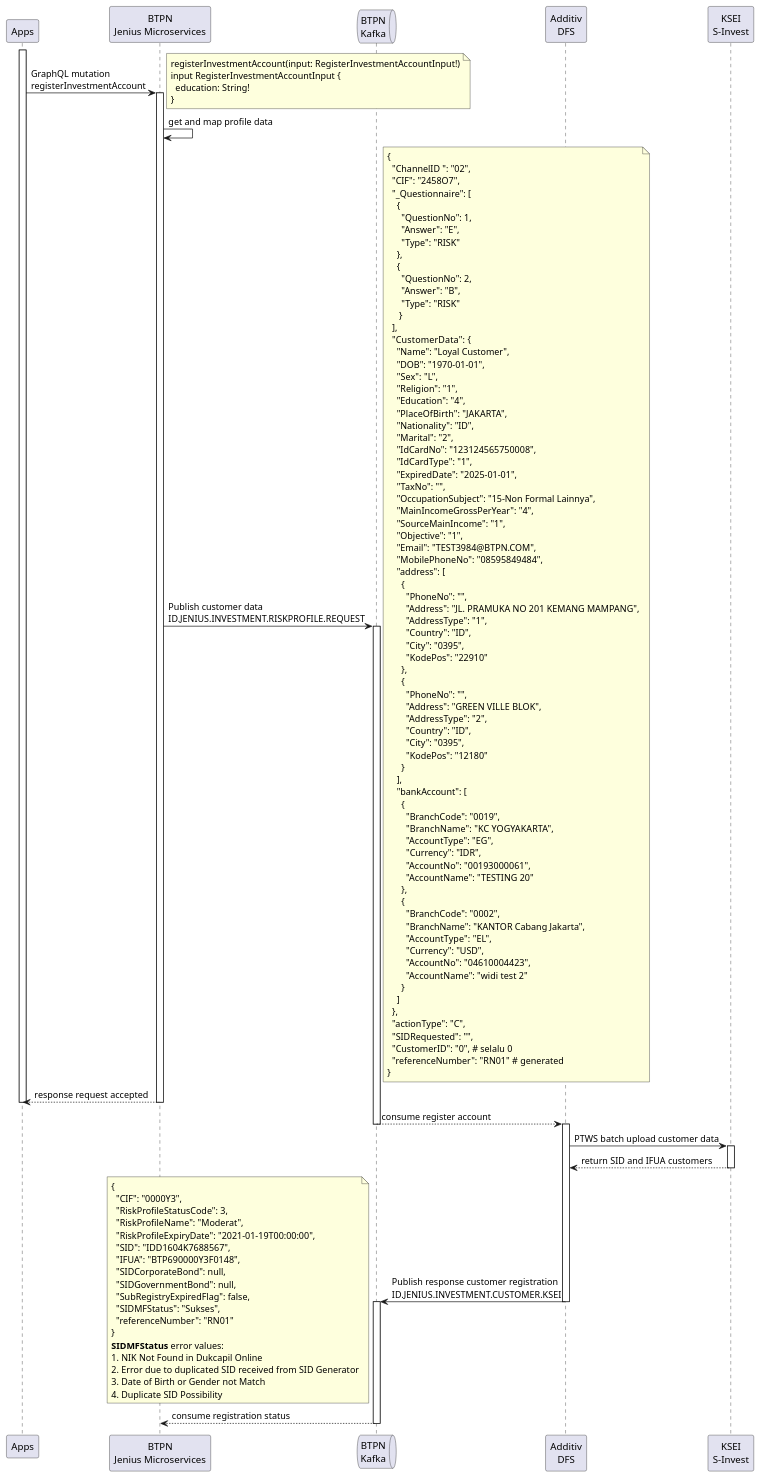
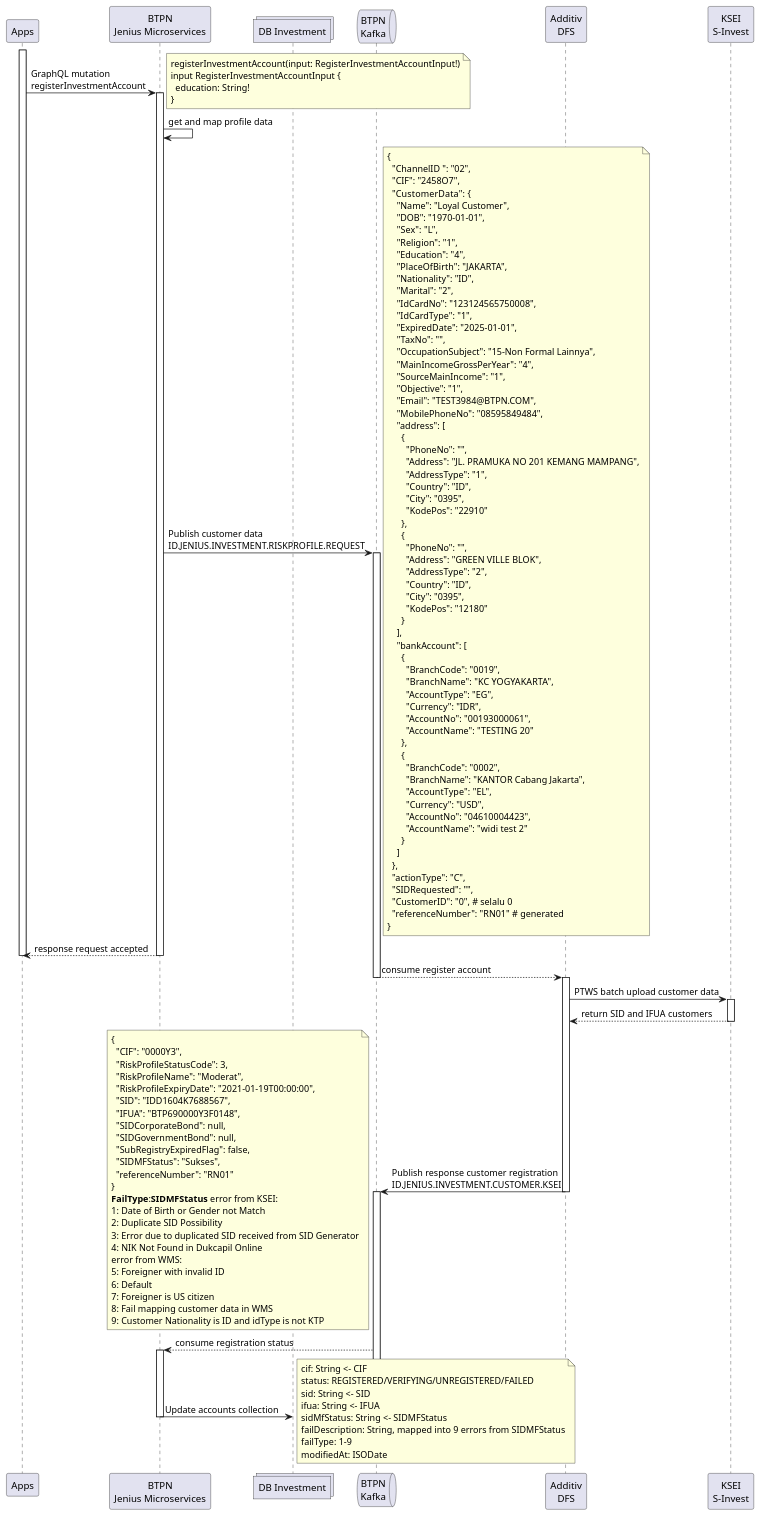
Before and after one commit to iksena/jenius-uml: the diagram in jeniusDfs/openAccount.puml, drawn with PlantUML. The commit also changed 12 other files, not shown here.

```diff
--- a/jeniusDfs/openAccount.puml
+++ b/jeniusDfs/openAccount.puml
@@ -1,134 +1,142 @@
 @startuml open account
 participant "Apps" as app
 participant "BTPN\nJenius Microservices" as ms
+collections "DB Investment" as db
 queue "BTPN\nKafka" as kafka
 participant "Additiv\nDFS" as dfs
 participant "KSEI\nS-Invest" as ksei
 
 activate app
 app -> ms: GraphQL mutation\nregisterInvestmentAccount
 note right
 registerInvestmentAccount(input: RegisterInvestmentAccountInput!)
 input RegisterInvestmentAccountInput {
   education: String!
 }
 end note
 activate ms
 ms -> ms: get and map profile data
 ms -> kafka: Publish customer data\nID.JENIUS.INVESTMENT.RISKPROFILE.REQUEST
 note right
 { 
   "ChannelID ": "02",
   "CIF": "2458O7",
-  "_Questionnaire": [
-    { 
-      "QuestionNo": 1,
-      "Answer": "E",
-      "Type": "RISK"
-    },
-    {
-      "QuestionNo": 2,
-      "Answer": "B",
-      "Type": "RISK"
-     }
-  ],
   "CustomerData":  { 
     "Name": "Loyal Customer",
     "DOB": "1970-01-01",
     "Sex": "L",
     "Religion": "1",
     "Education": "4",
     "PlaceOfBirth": "JAKARTA",
     "Nationality": "ID",
     "Marital": "2",
     "IdCardNo": "123124565750008",
     "IdCardType": "1",
     "ExpiredDate": "2025-01-01",
     "TaxNo": "",
     "OccupationSubject": "15-Non Formal Lainnya",
     "MainIncomeGrossPerYear": "4",
     "SourceMainIncome": "1",
     "Objective": "1",
     "Email": "TEST3984@BTPN.COM",
     "MobilePhoneNo": "08595849484",
     "address": [
       { 
         "PhoneNo": "", 
         "Address": "JL. PRAMUKA NO 201 KEMANG MAMPANG",
         "AddressType": "1",
         "Country": "ID",
         "City": "0395",
         "KodePos": "22910"
       },
       { 
         "PhoneNo": "", 
         "Address": "GREEN VILLE BLOK",
         "AddressType": "2",
         "Country": "ID",
         "City": "0395",
         "KodePos": "12180"
       }
     ],
     "bankAccount": [
       { 
         "BranchCode": "0019",
         "BranchName": "KC YOGYAKARTA",
         "AccountType": "EG",
         "Currency": "IDR",
         "AccountNo": "00193000061",
         "AccountName": "TESTING 20"
       },
       { 
         "BranchCode": "0002",
         "BranchName": "KANTOR Cabang Jakarta",
         "AccountType": "EL",
         "Currency": "USD",
         "AccountNo": "04610004423",
         "AccountName": "widi test 2"
       }
     ]
   },
   "actionType": "C", 
   "SIDRequested": "",
   "CustomerID": "0", # selalu 0
   "referenceNumber": "RN01" # generated 
 }
 end note
 activate kafka
 ms --> app: response request accepted
 deactivate ms
 deactivate app
 kafka --> dfs: consume register account
 deactivate kafka
 activate dfs
 dfs -> ksei: PTWS batch upload customer data
 activate ksei
 ksei --> dfs: return SID and IFUA customers
 deactivate ksei
 dfs -> kafka: Publish response customer registration\nID.JENIUS.INVESTMENT.CUSTOMER.KSEI
 note left
 {
   "CIF": "0000Y3",
   "RiskProfileStatusCode": 3,
   "RiskProfileName": "Moderat",
   "RiskProfileExpiryDate": "2021-01-19T00:00:00",
   "SID": "IDD1604K7688567",
   "IFUA": "BTP690000Y3F0148",
   "SIDCorporateBond": null,
   "SIDGovernmentBond": null,
   "SubRegistryExpiredFlag": false,
   "SIDMFStatus": "Sukses",
   "referenceNumber": "RN01"
 }
-**SIDMFStatus** error values:
-1. NIK Not Found in Dukcapil Online
-2. Error due to duplicated SID received from SID Generator
-3. Date of Birth or Gender not Match
-4. Duplicate SID Possibility
+**FailType**:**SIDMFStatus** error from KSEI:
+1: Date of Birth or Gender not Match
+2: Duplicate SID Possibility
+3: Error due to duplicated SID received from SID Generator
+4: NIK Not Found in Dukcapil Online
+error from WMS:
+5: Foreigner with invalid ID
+6: Default
+7: Foreigner is US citizen
+8: Fail mapping customer data in WMS
+9: Customer Nationality is ID and idType is not KTP
 end note
 deactivate dfs
 activate kafka
 kafka --> ms: consume registration status
+activate ms
+ms -> db: Update accounts collection
+note right
+cif: String <- CIF
+status: REGISTERED/VERIFYING/UNREGISTERED/FAILED
+sid: String <- SID
+ifua: String <- IFUA
+sidMfStatus: String <- SIDMFStatus
+failDescription: String, mapped into 9 errors from SIDMFStatus
+failType: 1-9
+modifiedAt: ISODate
+end note
+deactivate ms
 deactivate kafka
 
 @enduml
```
